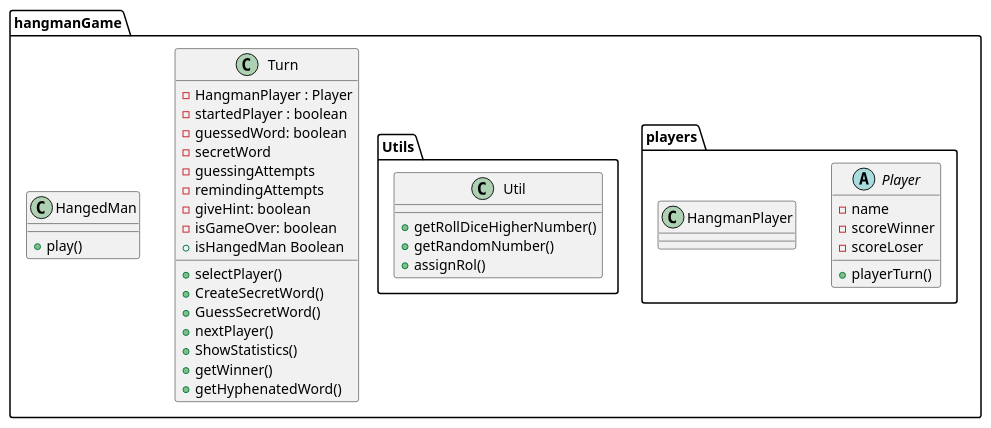
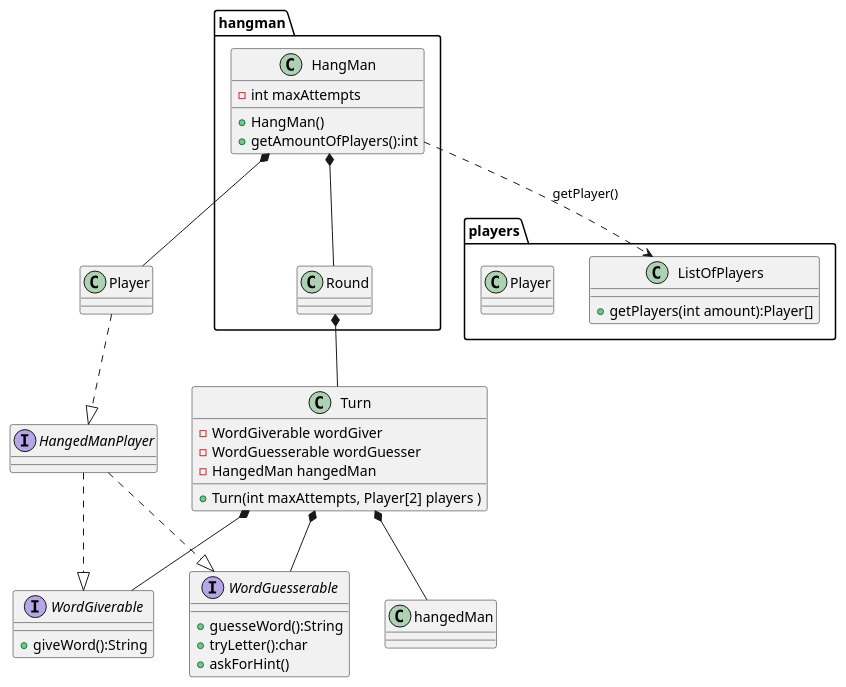
One commit to sergiomendez2/workspacedocs changed the diagram in classdiagram/hangmanClassDiagram.puml. Above: the diagram before and after it, drawn with PlantUML. The commit also changed 1 other file, not shown here.

Commit message:
sending the diagrams to the repo

```diff
--- a/classdiagram/hangmanClassDiagram.puml
+++ b/classdiagram/hangmanClassDiagram.puml
@@ -1,44 +1,53 @@
 @startuml
-package hangmanGame{
-Class Turn{
--HangmanPlayer : Player
--startedPlayer : boolean
--guessedWord: boolean
--secretWord
--guessingAttempts
--remindingAttempts
--giveHint: boolean
-+selectPlayer()
-+CreateSecretWord()
-+GuessSecretWord()
-+nextPlayer()
--isGameOver: boolean
-+ShowStatistics()
-+isHangedMan Boolean
-+getWinner()
-+getHyphenatedWord()
-}
-Class HangedMan{
-+ play()
+Interface HangedManPlayer
+package hangman{
+
+    class HangMan{
+        +HangMan()
+        +getAmountOfPlayers():int
+        -int maxAttempts
+    }
+
+    class Round
+
+    }
+
+    class Turn{
+        -WordGiverable wordGiver
+        -WordGuesserable wordGuesser
+        -HangedMan hangedMan
+        +Turn(int maxAttempts, Player[2] players )
+    }
+
+    interface WordGiverable{
+        +giveWord():String
+    }
+
+    interface WordGuesserable{
+        +guesseWord():String
+        +tryLetter():char
+        +askForHint()
+    }
+
+    HangedManPlayer ..|> WordGiverable
+    HangedManPlayer ..|> WordGuesserable
+
+    Turn *-- WordGiverable
+    Turn *-- WordGuesserable
+    Turn *-- hangedMan
+    Round *-- Turn
+    HangMan *-- Player
+    HangMan *-- Round
+
+package players{
+    class ListOfPlayers{
+        +getPlayers(int amount):Player[]
+    }
+
+    class Player{
+    }
 }
 
-package "players"{
-abstract Class Player{
--name
--scoreWinner
--scoreLoser
-+playerTurn()
-
-}
-Class HangmanPlayer
-
-}
-package "Utils"{
-Class Util{
-+getRollDiceHigherNumber()
-+getRandomNumber()
-+assignRol()
-}
-
-}
+HangMan ..> ListOfPlayers:getPlayer()
+Player ..|> HangedManPlayer
 @enduml
```
